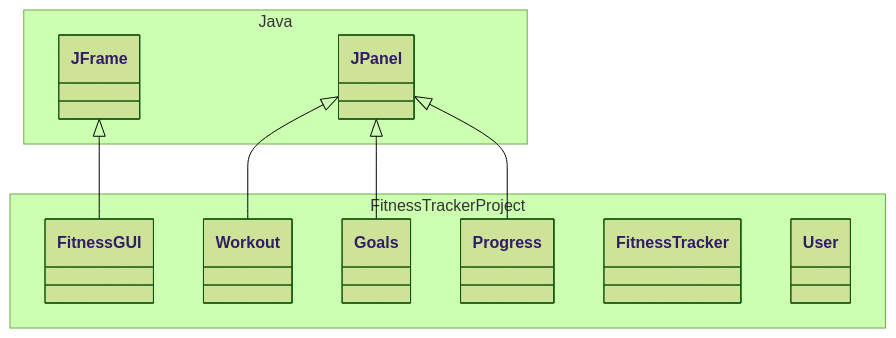
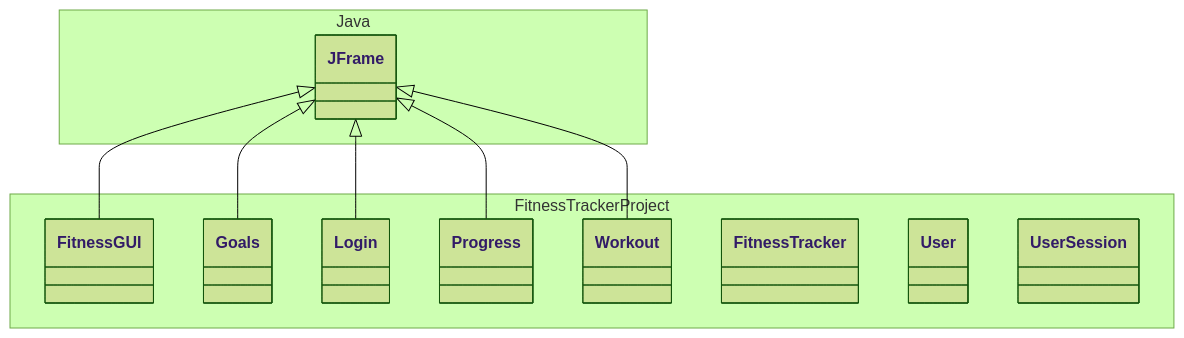
The diagram in README.md (KennyQiH/FitnessTracker), drawn with Mermaid before and after one commit.

Commit message:
Update classes and their inheritances

````diff
--- a/README.md
+++ b/README.md
@@ -24,33 +24,41 @@
 ```mermaid
 %%{init: {'theme':'forest'}}%%
 classDiagram
     JFrame <|-- FitnessGUI
-    JPanel <|-- Workout 
-    JPanel <|-- Goals
-    JPanel <|-- Progress
-
+    JFrame <|-- Goals
+    JFrame <|-- Login
+    JFrame <|-- Progress
+    JFrame <|-- Workout 
+    
     namespace Java {
         class JFrame {
-
-        }
-        class JPanel {
 
         }
     }
     namespace FitnessTrackerProject {
         class FitnessGUI {
         }
         class FitnessTracker {
         }
         class Goals {
 
         }
         class Progress {
 
         }
-        class Workout {
+        class Login {
+
+        }
+        class Progress {
+
         }
         class User {
         }
+        class UserSession {
+
+        }
+        class Workout {
+
+        }
     }
 ```
````
